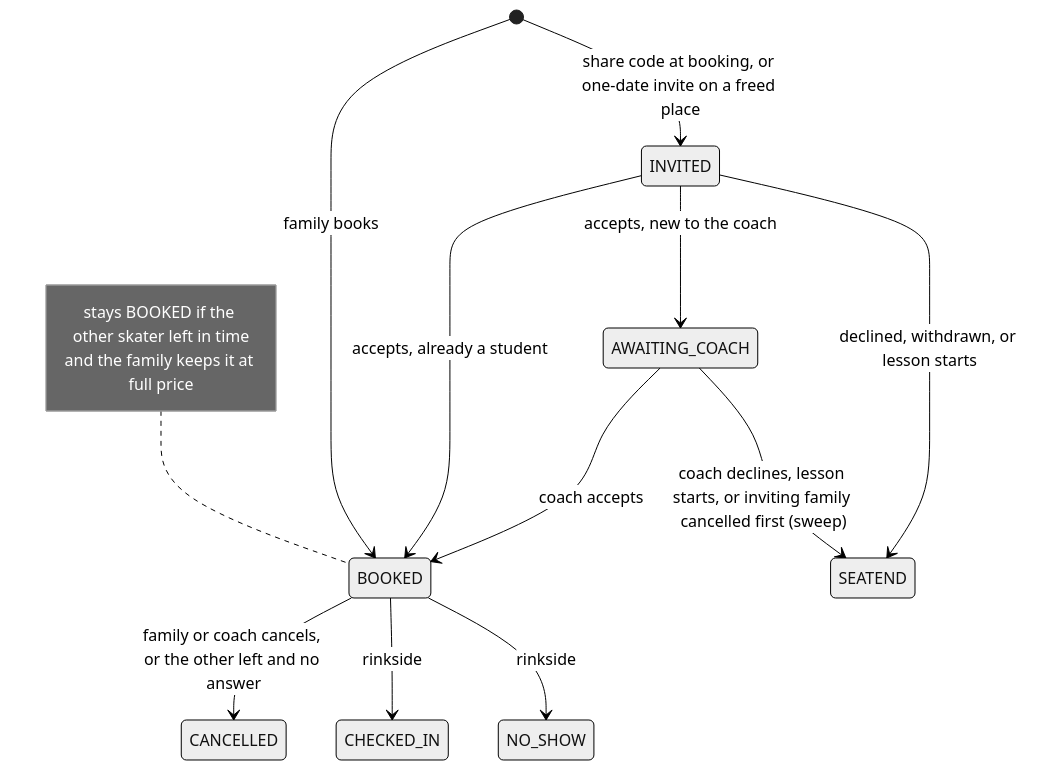
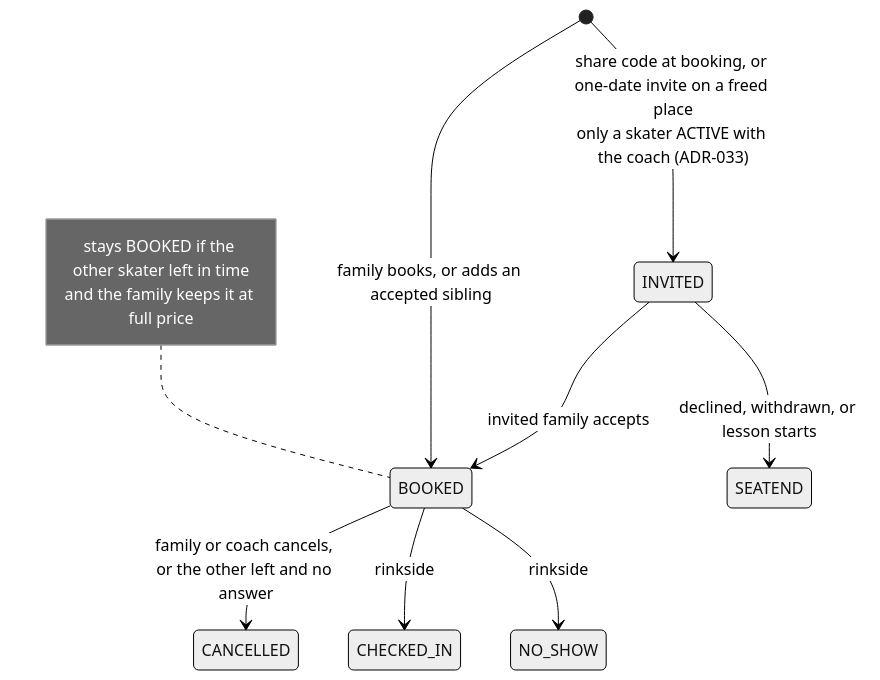
One commit to jessicamvega6/bladebook changed the eighth of 29 diagrams in docs/architecture.md. Above: the diagram before and after it, drawn with Mermaid (neutral theme). The commit also changed other lines of this file and 32 other files, not shown here.

First line of the commit message:
Bring docs and diagrams in line with ADR-033 and today's decisions

````diff
--- a/docs/architecture.md
+++ b/docs/architecture.md
@@ -570,16 +570,13 @@
 ```mermaid
 stateDiagram-v2
-    [*] --> BOOKED: family books
-    [*] --> INVITED: share code at booking, or one-date invite on a freed place
-    INVITED --> BOOKED: accepts, already a student
-    INVITED --> AWAITING_COACH: accepts, new to the coach
-    AWAITING_COACH --> BOOKED: coach accepts
+    [*] --> BOOKED: family books, or adds an accepted sibling
+    [*] --> INVITED: share code at booking, or one-date invite on a freed place<br/>only a skater ACTIVE with the coach (ADR-033)
+    INVITED --> BOOKED: invited family accepts
     INVITED --> SEATEND: declined, withdrawn, or lesson starts
-    AWAITING_COACH --> SEATEND: coach declines, lesson starts, or inviting family cancelled first (sweep)
     BOOKED --> CANCELLED: family or coach cancels, or the other left and no answer
     BOOKED --> CHECKED_IN: rinkside
     BOOKED --> NO_SHOW: rinkside
     note left of BOOKED
         stays BOOKED if the other skater left in time<br/>and the family keeps it at full price
     end note
 ```
````
